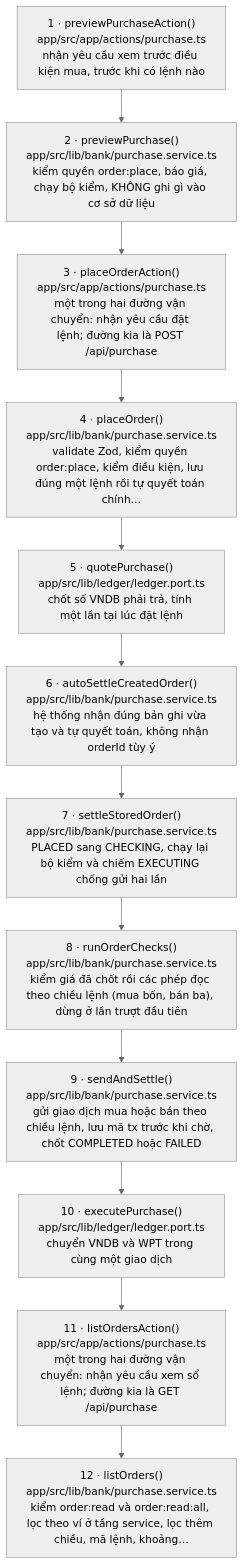
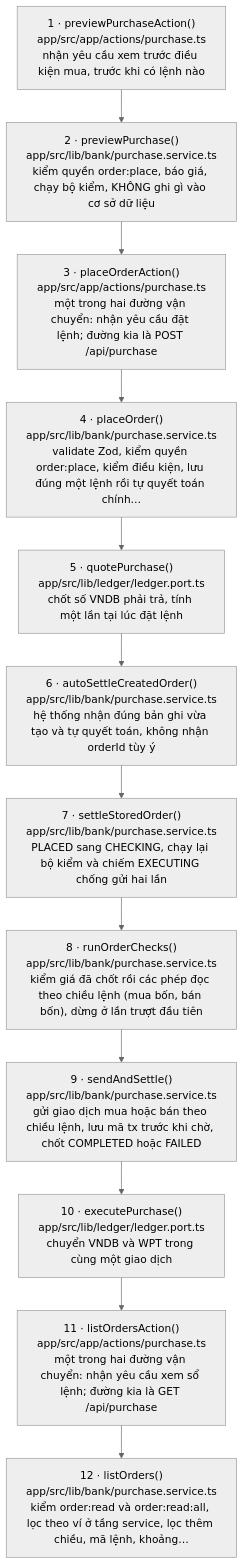
One commit to tuannino/bidv-rwa-tokenize changed the diagram in docs/flows/purchase.md. Above: the diagram before and after it, drawn with Mermaid (neutral theme). The commit also changed other lines of this file and 6 other files, not shown here.

````diff
--- a/docs/flows/purchase.md
+++ b/docs/flows/purchase.md
@@ -21,26 +21,26 @@
 ```mermaid
 flowchart TD
   s1["1 · previewPurchaseAction()<br/>app/src/app/actions/purchase.ts<br/>nhận yêu cầu xem trước điều kiện mua, trước khi có lệnh nào"]
   s2["2 · previewPurchase()<br/>app/src/lib/bank/purchase.service.ts<br/>kiểm quyền order:place, báo giá, chạy bộ kiểm, KHÔNG ghi gì vào cơ sở dữ liệu"]
   s3["3 · placeOrderAction()<br/>app/src/app/actions/purchase.ts<br/>một trong hai đường vận chuyển: nhận yêu cầu đặt lệnh; đường kia là POST /api/purchase"]
   s4["4 · placeOrder()<br/>app/src/lib/bank/purchase.service.ts<br/>validate Zod, kiểm quyền order:place, kiểm điều kiện, lưu đúng một lệnh rồi tự quyết toán chính…"]
   s5["5 · quotePurchase()<br/>app/src/lib/ledger/ledger.port.ts<br/>chốt số VNDB phải trả, tính một lần tại lúc đặt lệnh"]
   s6["6 · autoSettleCreatedOrder()<br/>app/src/lib/bank/purchase.service.ts<br/>hệ thống nhận đúng bản ghi vừa tạo và tự quyết toán, không nhận orderId tùy ý"]
   s7["7 · settleStoredOrder()<br/>app/src/lib/bank/purchase.service.ts<br/>PLACED sang CHECKING, chạy lại bộ kiểm và chiếm EXECUTING chống gửi hai lần"]
-  s8["8 · runOrderChecks()<br/>app/src/lib/bank/purchase.service.ts<br/>kiểm giá đã chốt rồi các phép đọc theo chiều lệnh (mua bốn, bán ba), dừng ở lần trượt đầu tiên"]
+  s8["8 · runOrderChecks()<br/>app/src/lib/bank/purchase.service.ts<br/>kiểm giá đã chốt rồi các phép đọc theo chiều lệnh (mua bốn, bán bốn), dừng ở lần trượt đầu tiên"]
   s9["9 · sendAndSettle()<br/>app/src/lib/bank/purchase.service.ts<br/>gửi giao dịch mua hoặc bán theo chiều lệnh, lưu mã tx trước khi chờ, chốt COMPLETED hoặc FAILED"]
   s10["10 · executePurchase()<br/>app/src/lib/ledger/ledger.port.ts<br/>chuyển VNDB và WPT trong cùng một giao dịch"]
   s11["11 · listOrdersAction()<br/>app/src/app/actions/purchase.ts<br/>một trong hai đường vận chuyển: nhận yêu cầu xem sổ lệnh; đường kia là GET /api/purchase"]
   s12["12 · listOrders()<br/>app/src/lib/bank/purchase.service.ts<br/>kiểm order:read và order:read:all, lọc theo ví ở tầng service, lọc thêm chiều, mã lệnh, khoảng…"]
   s1 --> s2
   s2 --> s3
   s3 --> s4
   s4 --> s5
   s5 --> s6
   s6 --> s7
   s7 --> s8
   s8 --> s9
   s9 --> s10
   s10 --> s11
   s11 --> s12
 ```
````
